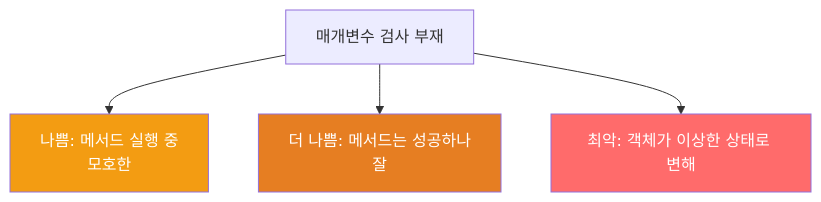
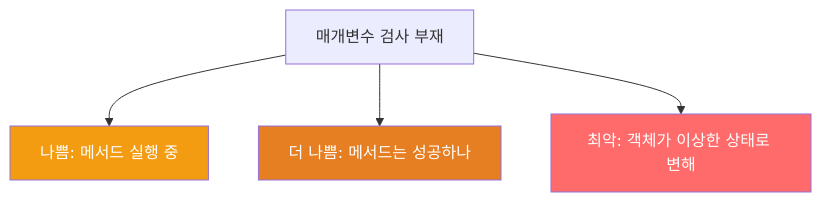
Before and after one commit to yjkim2015/yjkim2015.github.io: the diagram in _posts/java/2022-01-26-effective-java49.md, drawn with Mermaid. The commit also changed 217 other files, not shown here.

First line of the commit message:
Mermaid 크기 수정: useMaxWidth:true + SVG max-width:100% + 라벨 축소

````diff
--- a/_posts/java/2022-01-26-effective-java49.md
+++ b/_posts/java/2022-01-26-effective-java49.md
@@ -20,9 +20,9 @@
 ```mermaid
 graph TD
-    A["매개변수 검사 부재"] --> B["나쁨: 메서드 실행 중\n모호한"]
-    A --> C["더 나쁨: 메서드는 성공하나\n잘"]
+    A["매개변수 검사 부재"] --> B["나쁨: 메서드 실행 중"]
+    A --> C["더 나쁨: 메서드는 성공하나"]
     A --> D["최악: 객체가 이상한 상태로 변해"]
     style B fill:#f39c12,color:#fff
     style C fill:#e67e22,color:#fff
     style D fill:#ff6b6b,color:#fff
 ```
````
